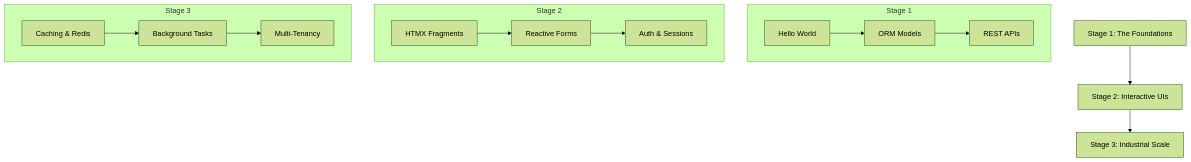
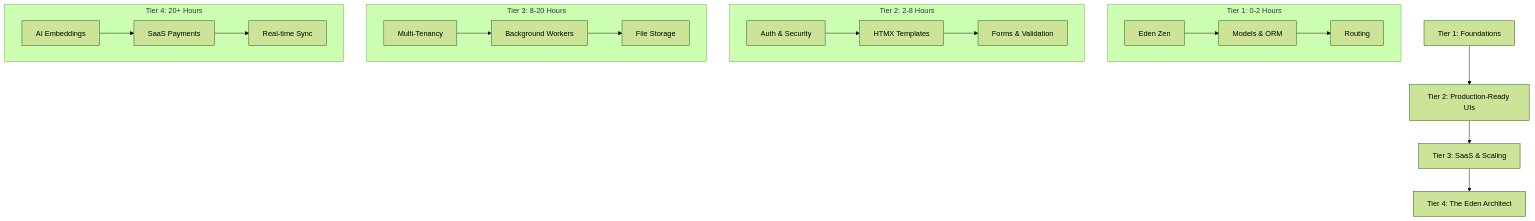
Before and after one commit to kwabenaberko25/eden: the diagram in docs/getting-started/learning-path.md, drawn with Mermaid (forest theme). The commit also changed other lines of this file and 54 other files, not shown here.

````diff
--- a/docs/getting-started/learning-path.md
+++ b/docs/getting-started/learning-path.md
@@ -9,20 +11,26 @@
 ```mermaid
 graph TD
-    A["Stage 1: The Foundations"] --> B["Stage 2: Interactive UIs"]
-    B --> C["Stage 3: Industrial Scale"]
+    T1["Tier 1: Foundations"] --> T2["Tier 2: Production-Ready UIs"]
+    T2 --> T3["Tier 3: SaaS & Scaling"]
+    T3 --> T4["Tier 4: The Eden Architect"]
     
-    subgraph "Stage 1"
-        A1["Hello World"] --> A2["ORM Models"]
-        A2 --> A3["REST APIs"]
+    subgraph "Tier 1: 0-2 Hours"
+        T1a["Eden Zen"] --> T1b["Models & ORM"]
+        T1b --> T1c["Routing"]
     end
     
-    subgraph "Stage 2"
-        B1["HTMX Fragments"] --> B2["Reactive Forms"]
-        B2 --> B3["Auth & Sessions"]
+    subgraph "Tier 2: 2-8 Hours"
+        T2a["Auth & Security"] --> T2b["HTMX Templates"]
+        T2b --> T2c["Forms & Validation"]
     end
     
-    subgraph "Stage 3"
-        C1["Caching & Redis"] --> C2["Background Tasks"]
-        C2 --> C3["Multi-Tenancy"]
+    subgraph "Tier 3: 8-20 Hours"
+        T3a["Multi-Tenancy"] --> T3b["Background Workers"]
+        T3b --> T3c["File Storage"]
+    end
+
+    subgraph "Tier 4: 20+ Hours"
+        T4a["AI Embeddings"] --> T4b["SaaS Payments"]
+        T4b --> T4c["Real-time Sync"]
     end
 ```
````
